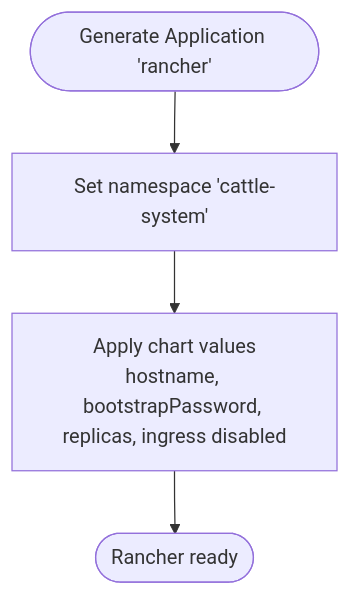
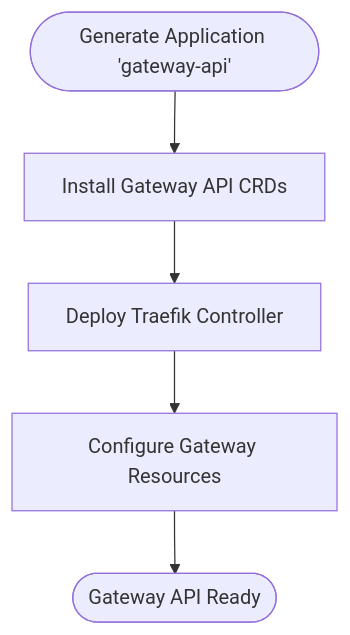
Before and after one commit to Hoangvu75/k8s_manifest: the fifth of 7 diagrams in .qoder/repowiki/en/content/Project Management/Playground Projects.md, drawn with Mermaid. The commit also changed other lines of this file and 24 other files, not shown here.

````diff
--- a/.qoder/repowiki/en/content/Project Management/Playground Projects.md
+++ b/.qoder/repowiki/en/content/Project Management/Playground Projects.md
@@ -202,6 +223,7 @@
 ```mermaid
 flowchart TD
-Start(["Generate Application 'rancher'"]) --> SetNS["Set namespace 'cattle-system'"]
-SetNS --> ApplyValues["Apply chart values<br/>hostname, bootstrapPassword, replicas, ingress disabled"]
-ApplyValues --> End(["Rancher ready"])
+Start(["Generate Application 'gateway-api'"]) --> InstallCRDs["Install Gateway API CRDs"]
+InstallCRDs --> DeployController["Deploy Traefik Controller"]
+DeployController --> ConfigureGateway["Configure Gateway Resources"]
+ConfigureGateway --> End(["Gateway API Ready"])
 ```
````
